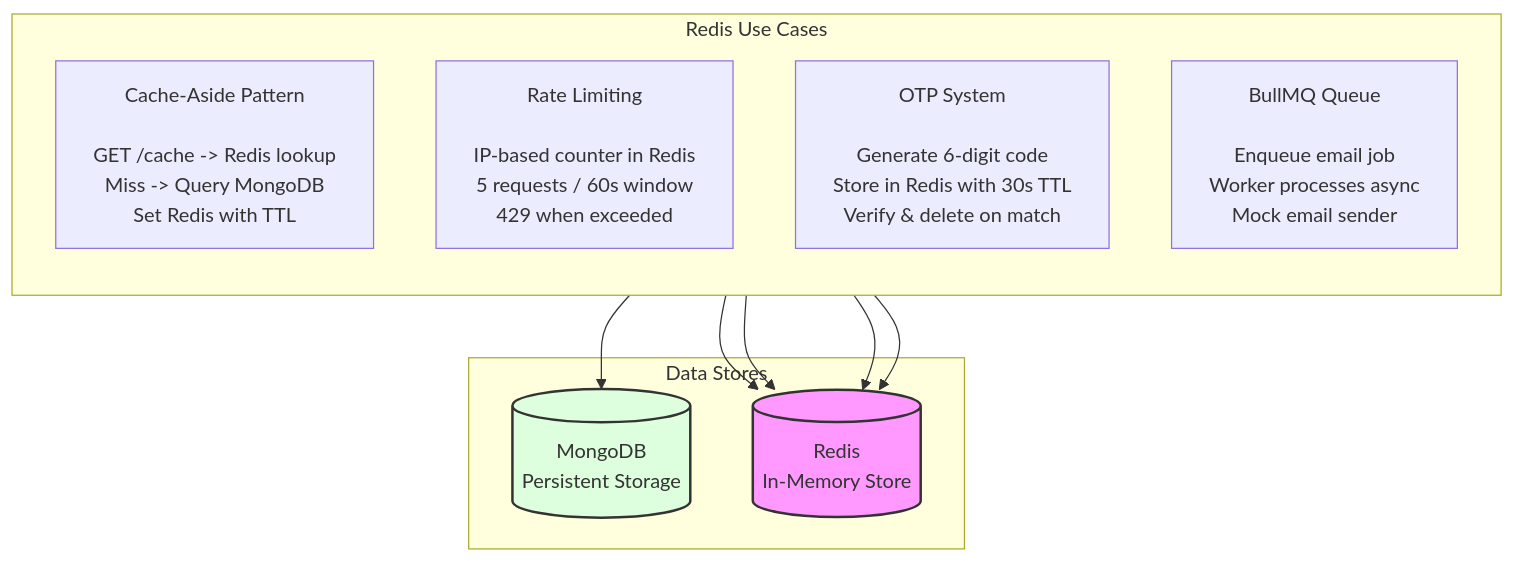
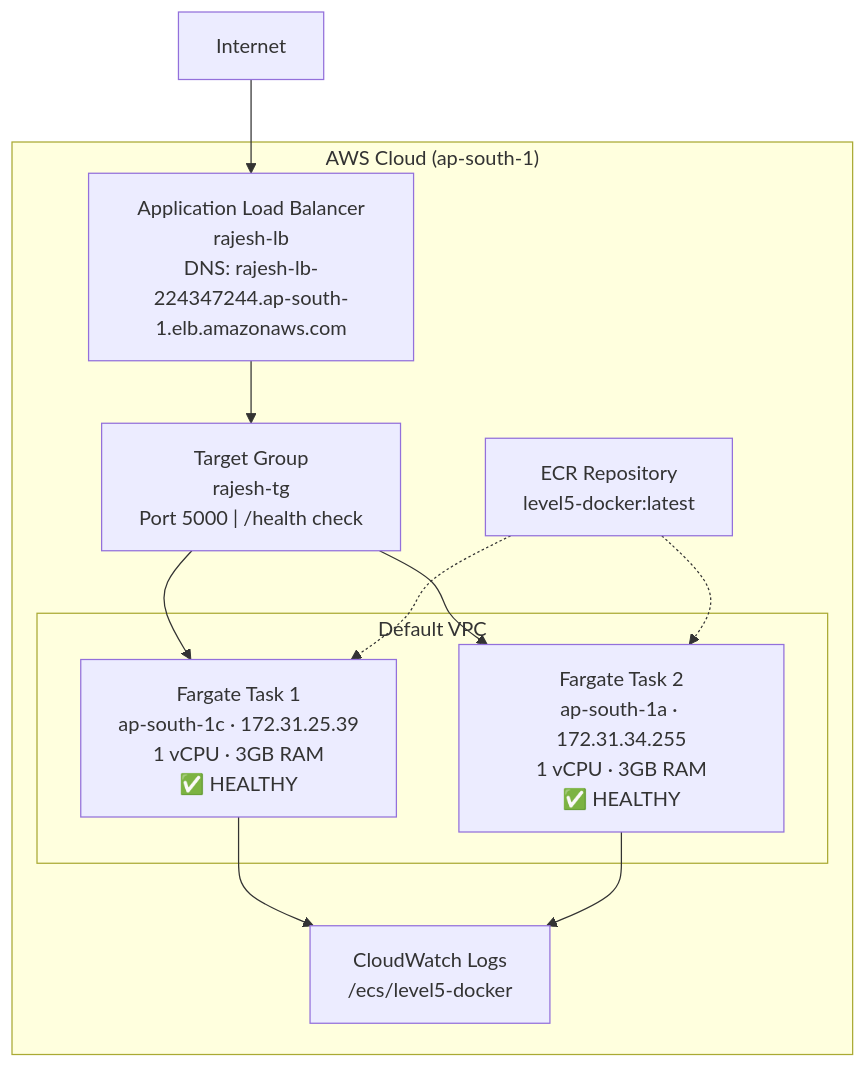
Before and after one commit to rajesh-kayal-dev/advanced-backend-engineering: the second of 2 diagrams in README.md, drawn with Mermaid. The commit also changed other lines of this file and 10 other files, not shown here.

First line of the commit message:
feat: add Level 4 AI Integration and Level 5 AWS ECS/Fargate Deployment

````diff
--- a/README.md
+++ b/README.md
@@ -118,24 +59,22 @@
 ```mermaid
 graph TB
-    subgraph Patterns["Redis Use Cases"]
-        direction TB
-        CACHE["Cache-Aside Pattern<br/><br/>GET /cache -> Redis lookup<br/>Miss -> Query MongoDB<br/>Set Redis with TTL"]
-        RL["Rate Limiting<br/><br/>IP-based counter in Redis<br/>5 requests / 60s window<br/>429 when exceeded"]
-        OTP["OTP System<br/><br/>Generate 6-digit code<br/>Store in Redis with 30s TTL<br/>Verify & delete on match"]
-        BULL["BullMQ Queue<br/><br/>Enqueue email job<br/>Worker processes async<br/>Mock email sender"]
+    subgraph AWS["AWS Cloud (ap-south-1)"]
+        ALB["Application Load Balancer<br/>rajesh-lb<br/>DNS: rajesh-lb-224347244.ap-south-1.elb.amazonaws.com"]
+        TG["Target Group<br/>rajesh-tg<br/>Port 5000 | /health check"]
+
+        subgraph VPC["Default VPC"]
+            T1["Fargate Task 1<br/>ap-south-1c · 172.31.25.39<br/>1 vCPU · 3GB RAM<br/>✅ HEALTHY"]
+            T2["Fargate Task 2<br/>ap-south-1a · 172.31.34.255<br/>1 vCPU · 3GB RAM<br/>✅ HEALTHY"]
+        end
+
+        ECR["ECR Repository<br/>level5-docker:latest"]
+        CW["CloudWatch Logs<br/>/ecs/level5-docker"]
     end
 
-    subgraph Data["Data Stores"]
-        MDB[(MongoDB<br/>Persistent Storage)]
-        RDS[("Redis<br/>In-Memory Store")]
-    end
-
-    CACHE --> MDB
-    CACHE --> RDS
-    RL --> RDS
-    OTP --> RDS
-    BULL --> RDS
-
-    style RDS fill:#f9f,stroke:#333,stroke-width:2px
-    style MDB fill:#dfd,stroke:#333,stroke-width:2px
+    USER["Internet"] --> ALB
+    ALB --> TG
+    TG --> T1 & T2
+    T1 --> CW
+    T2 --> CW
+    ECR -.-> T1 & T2
 ```
````
